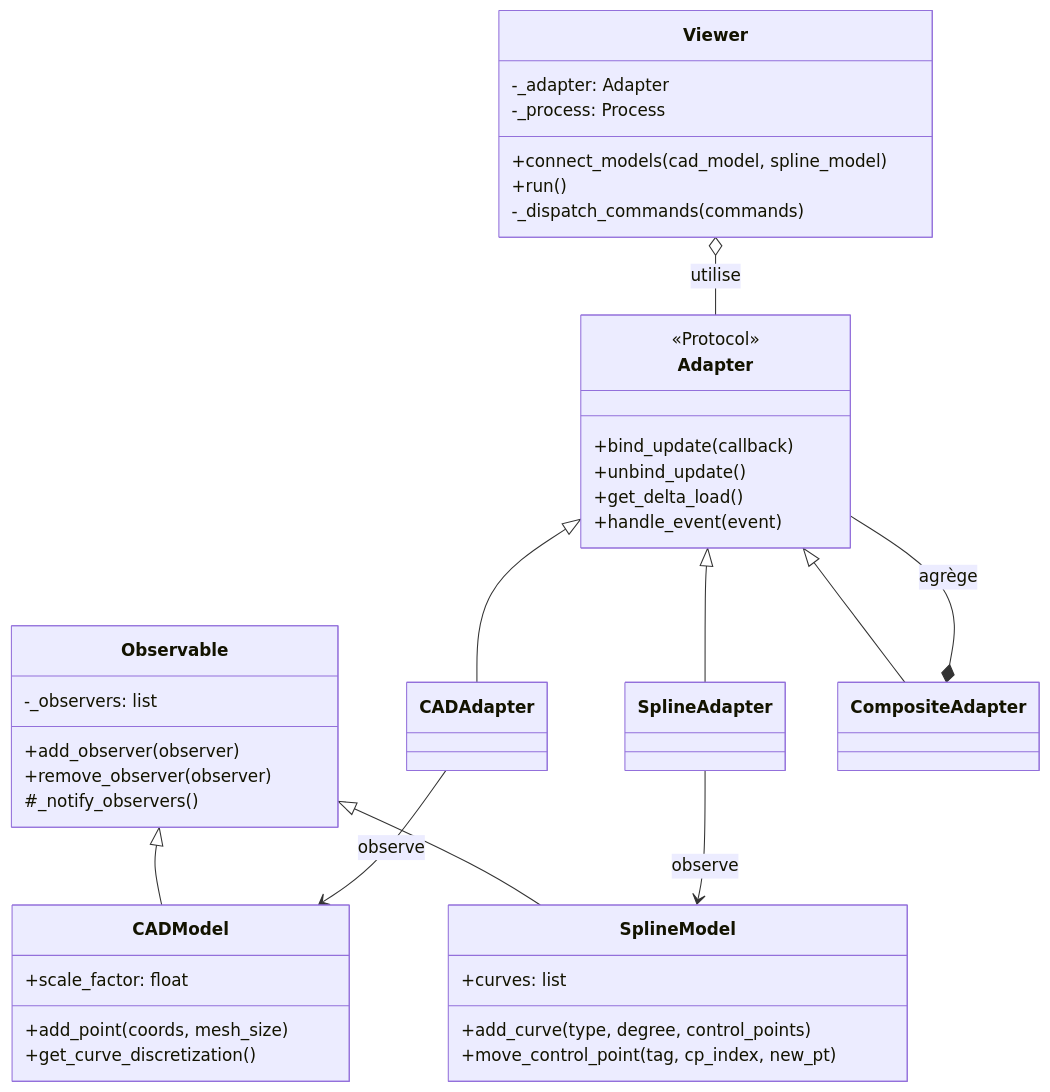
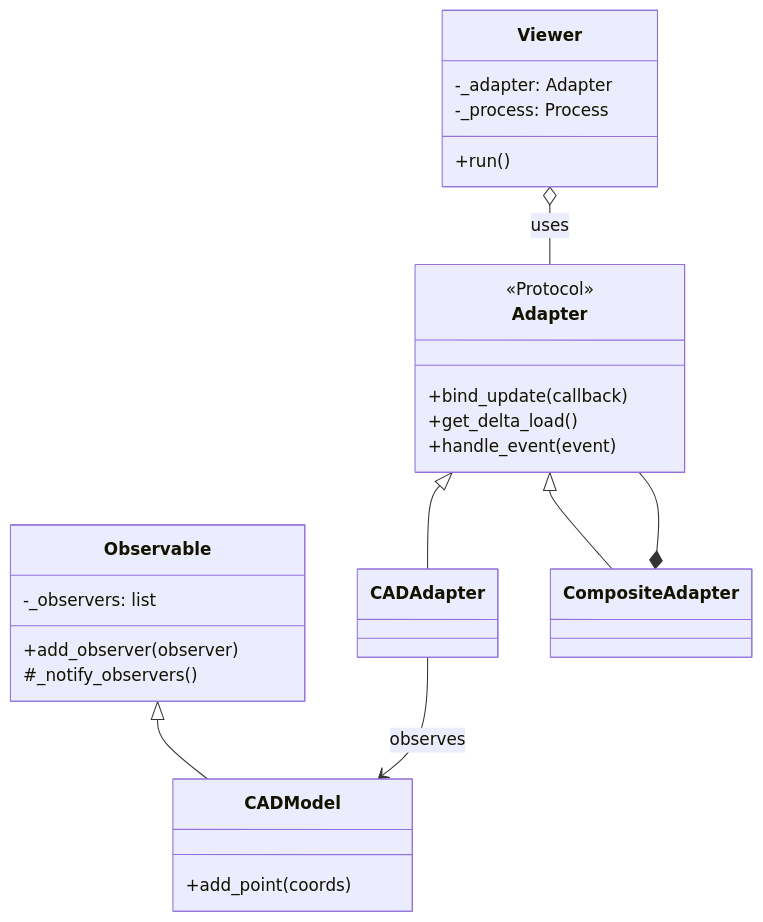
The second of 4 diagrams in docs/architecture.md (LIHPC-Computational-Geometry/bot), drawn with Mermaid before and after one commit. The commit also changed other lines of this file and 4 other files, not shown here.

````diff
--- a/docs/architecture.md
+++ b/docs/architecture.md
@@ -115,51 +47,28 @@
 ```mermaid
 classDiagram
     class Observable {
         -_observers: list
         +add_observer(observer)
-        +remove_observer(observer)
         #_notify_observers()
     }
-
     class CADModel {
-        +scale_factor: float
-        +add_point(coords, mesh_size)
-        +get_curve_discretization()
+        +add_point(coords)
     }
-
-    class SplineModel {
-        +curves: list
-        +add_curve(type, degree, control_points)
-        +move_control_point(tag, cp_index, new_pt)
-    }
-
     class Adapter {
         <<Protocol>>
         +bind_update(callback)
-        +unbind_update()
         +get_delta_load()
         +handle_event(event)
     }
-
     class Viewer {
         -_adapter: Adapter
         -_process: Process
-        +connect_models(cad_model, spline_model)
         +run()
-        -_dispatch_commands(commands)
     }
-
     Observable <|-- CADModel
-    Observable <|-- SplineModel
-
     Adapter <|-- CADAdapter
-    Adapter <|-- SplineAdapter
     Adapter <|-- CompositeAdapter
-
-    CompositeAdapter *-- Adapter : agrège
-
-    CADAdapter --> CADModel : observe
-    SplineAdapter --> SplineModel : observe
-
-    Viewer o-- Adapter : utilise
+    CompositeAdapter *-- Adapter
+    CADAdapter --> CADModel : observes
+    Viewer o-- Adapter : uses
 ```
````
